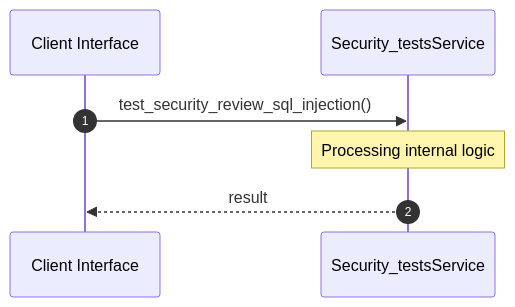
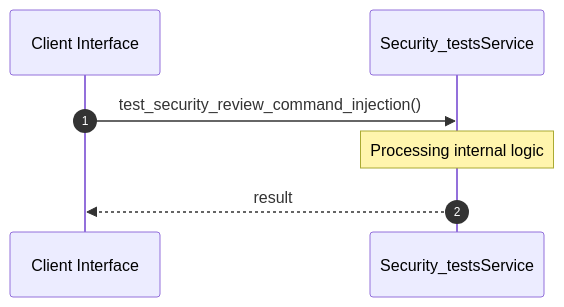
Before and after one commit to lgcorzo/rust_CACD_autonomous_factory: the second of 2 diagrams in openwiki/crates_factory-mcp-server_tests_security_tests_rs.md, drawn with Mermaid. The commit also changed other lines of this file and 78 other files, not shown here.

````diff
--- a/openwiki/crates_factory-mcp-server_tests_security_tests_rs.md
+++ b/openwiki/crates_factory-mcp-server_tests_security_tests_rs.md
@@ -57,10 +57,10 @@
 ```mermaid
 sequenceDiagram
     autonumber
     participant Caller as Client Interface
     participant Svc as Security_testsService
-    Caller->>Svc: test_security_review_sql_injection()
+    Caller->>Svc: test_security_review_command_injection()
     Note over Svc: Processing internal logic
     Svc-->>Caller: result
 
 ```
````
